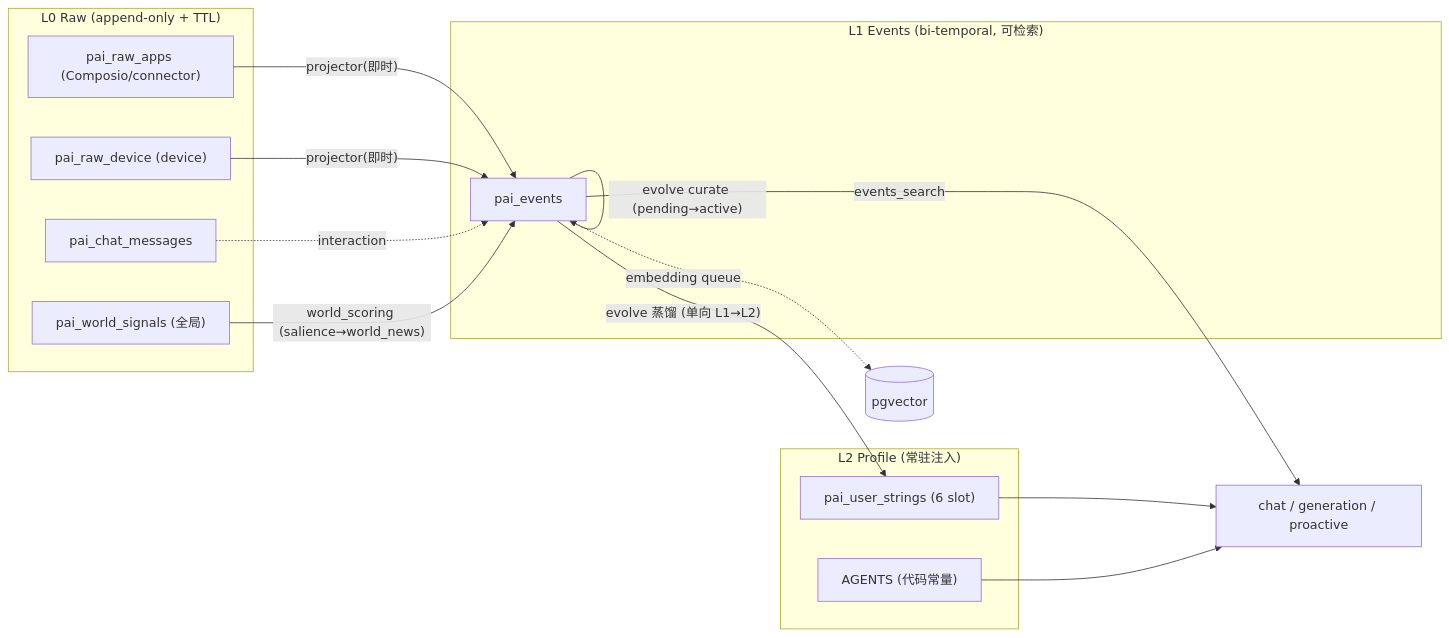
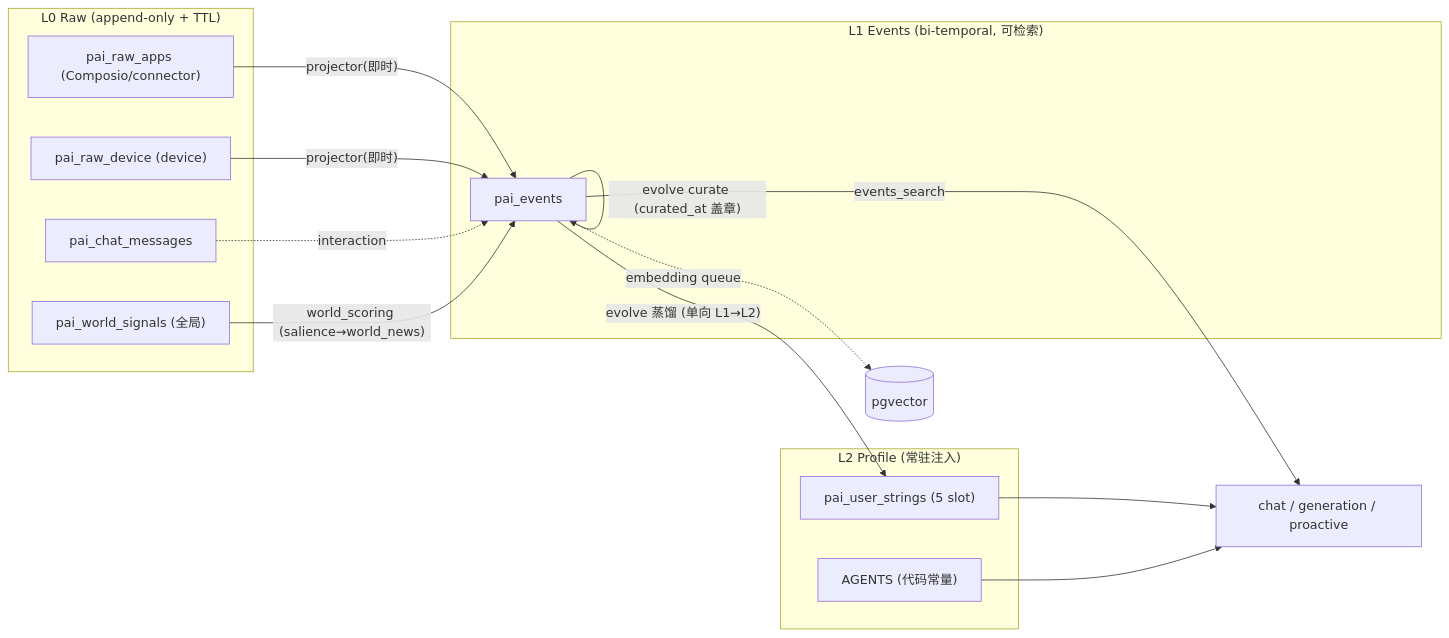
One commit to Edge-AI-HQ/proactive-assistant changed the diagram in docs/modules/memory.mdx. Above: the diagram before and after it, drawn with Mermaid. The commit also changed other lines of this file and 5 other files, not shown here.

````diff
--- a/docs/modules/memory.mdx
+++ b/docs/modules/memory.mdx
@@ -24,26 +24,26 @@
 ```mermaid
 flowchart LR
   subgraph L0["L0 Raw (append-only + TTL)"]
     Apps["pai_raw_apps (Composio/connector)"]
     Device["pai_raw_device (device)"]
     Chat["pai_chat_messages"]
     WS["pai_world_signals (全局)"]
   end
   subgraph L1["L1 Events (bi-temporal, 可检索)"]
     Ev["pai_events"]
   end
   subgraph L2["L2 Profile (常驻注入)"]
-    US["pai_user_strings (6 slot)"]
+    US["pai_user_strings (5 slot)"]
     AG["AGENTS (代码常量)"]
   end
   Apps -- projector(即时) --> Ev
   Device -- projector(即时) --> Ev
   Chat -. interaction .-> Ev
   WS -- "world_scoring (salience→world_news)" --> Ev
-  Ev -- "evolve curate (pending→active)" --> Ev
+  Ev -- "evolve curate (curated_at 盖章)" --> Ev
   Ev -- "evolve 蒸馏 (单向 L1→L2)" --> US
   Ev -- events_search --> Agent["chat / generation / proactive"]
   US --> Agent
   AG --> Agent
   Ev -. embedding queue .-> Vec[("pgvector")]
 ```
````
